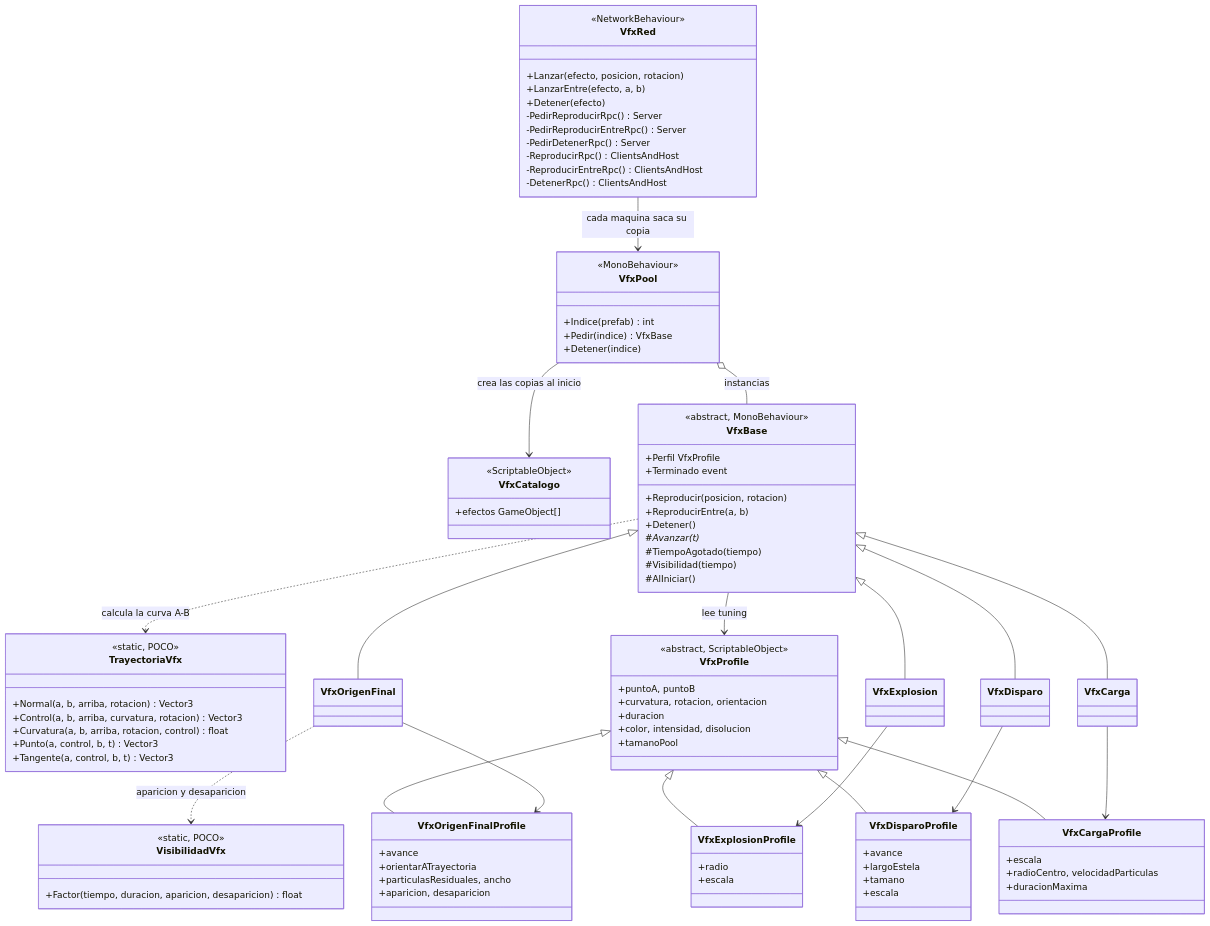
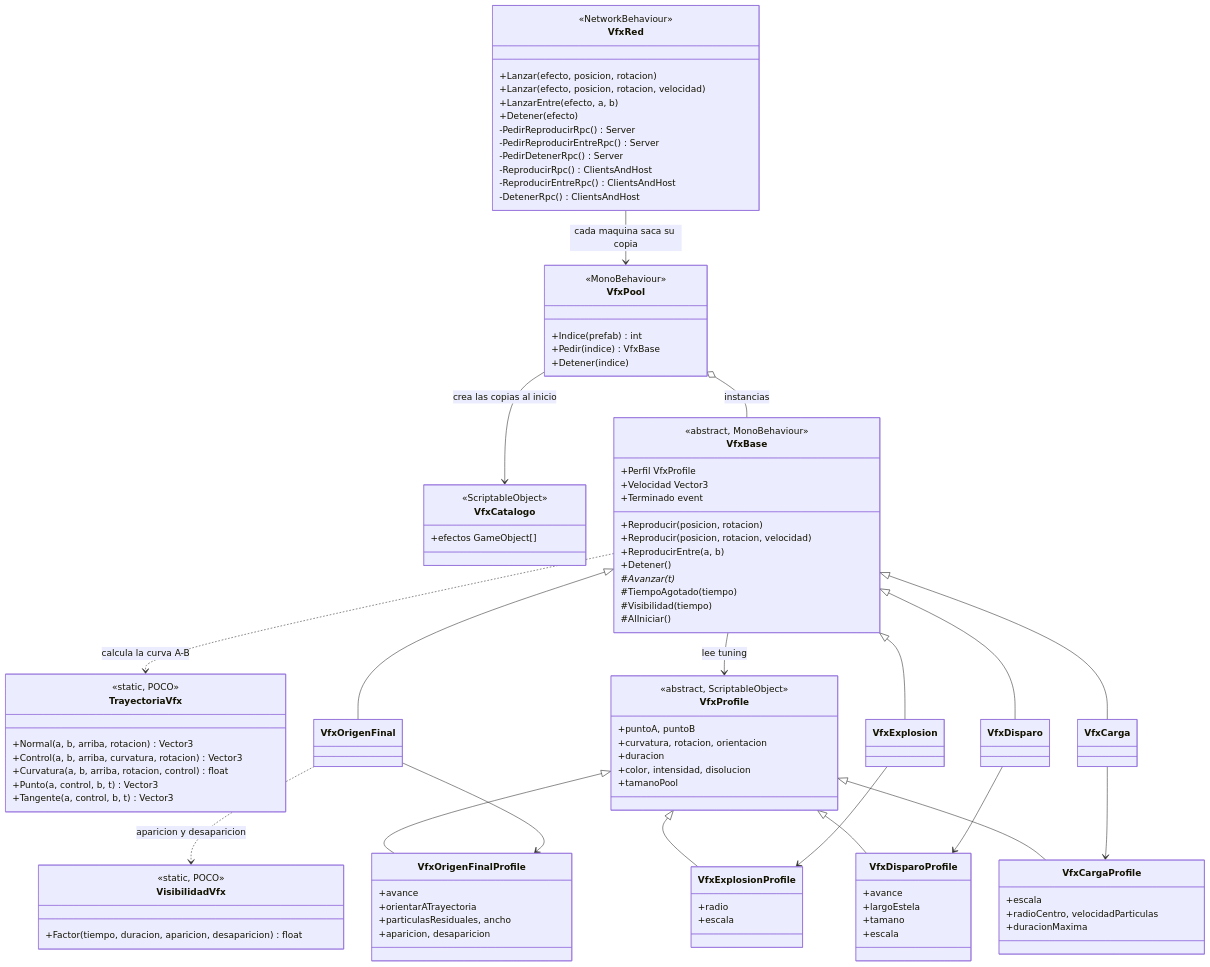
Before and after one commit to VicBojoDev10/DeathOfMeaningRepo: the diagram in docs/diagrams/vfx.mermaid, drawn with Mermaid. The commit also changed 5 other files, not shown here.

```diff
--- a/docs/diagrams/vfx.mermaid
+++ b/docs/diagrams/vfx.mermaid
@@ -1,106 +1,109 @@
 classDiagram
     class TrayectoriaVfx {
         <<static, POCO>>
         +Normal(a, b, arriba, rotacion) Vector3
         +Control(a, b, arriba, curvatura, rotacion) Vector3
         +Curvatura(a, b, arriba, rotacion, control) float
         +Punto(a, control, b, t) Vector3
         +Tangente(a, control, b, t) Vector3
     }
 
     class VisibilidadVfx {
         <<static, POCO>>
         +Factor(tiempo, duracion, aparicion, desaparicion) float
     }
 
     class VfxProfile {
         <<abstract, ScriptableObject>>
         +puntoA, puntoB
         +curvatura, rotacion, orientacion
         +duracion
         +color, intensidad, disolucion
         +tamanoPool
     }
     class VfxOrigenFinalProfile {
         +avance
         +orientarATrayectoria
         +particulasResiduales, ancho
         +aparicion, desaparicion
     }
     class VfxExplosionProfile {
         +radio
         +escala
     }
     class VfxDisparoProfile {
         +avance
         +largoEstela
         +tamano
         +escala
     }
     class VfxCargaProfile {
         +escala
         +radioCentro, velocidadParticulas
         +duracionMaxima
     }
     class VfxCatalogo {
         <<ScriptableObject>>
         +efectos GameObject[]
     }
 
     class VfxBase {
         <<abstract, MonoBehaviour>>
         +Perfil VfxProfile
+        +Velocidad Vector3
         +Reproducir(posicion, rotacion)
+        +Reproducir(posicion, rotacion, velocidad)
         +ReproducirEntre(a, b)
         +Detener()
         +Terminado event
         #Avanzar(t)*
         #TiempoAgotado(tiempo)
         #Visibilidad(tiempo)
         #AlIniciar()
     }
     class VfxOrigenFinal
     class VfxExplosion
     class VfxDisparo
     class VfxCarga
 
     class VfxPool {
         <<MonoBehaviour>>
         +Indice(prefab) int
         +Pedir(indice) VfxBase
         +Detener(indice)
     }
     class VfxRed {
         <<NetworkBehaviour>>
         +Lanzar(efecto, posicion, rotacion)
+        +Lanzar(efecto, posicion, rotacion, velocidad)
         +LanzarEntre(efecto, a, b)
         +Detener(efecto)
         -PedirReproducirRpc() Server
         -PedirReproducirEntreRpc() Server
         -PedirDetenerRpc() Server
         -ReproducirRpc() ClientsAndHost
         -ReproducirEntreRpc() ClientsAndHost
         -DetenerRpc() ClientsAndHost
     }
 
     VfxProfile <|-- VfxOrigenFinalProfile
     VfxProfile <|-- VfxExplosionProfile
     VfxProfile <|-- VfxDisparoProfile
     VfxProfile <|-- VfxCargaProfile
 
     VfxBase <|-- VfxOrigenFinal
     VfxBase <|-- VfxExplosion
     VfxBase <|-- VfxDisparo
     VfxBase <|-- VfxCarga
 
     VfxBase ..> TrayectoriaVfx : calcula la curva A-B
     VfxOrigenFinal ..> VisibilidadVfx : aparicion y desaparicion
     VfxBase --> VfxProfile : lee tuning
     VfxOrigenFinal --> VfxOrigenFinalProfile
     VfxExplosion --> VfxExplosionProfile
     VfxDisparo --> VfxDisparoProfile
     VfxCarga --> VfxCargaProfile
 
     VfxPool --> VfxCatalogo : crea las copias al inicio
     VfxPool o-- VfxBase : instancias
     VfxRed --> VfxPool : cada maquina saca su copia
```
